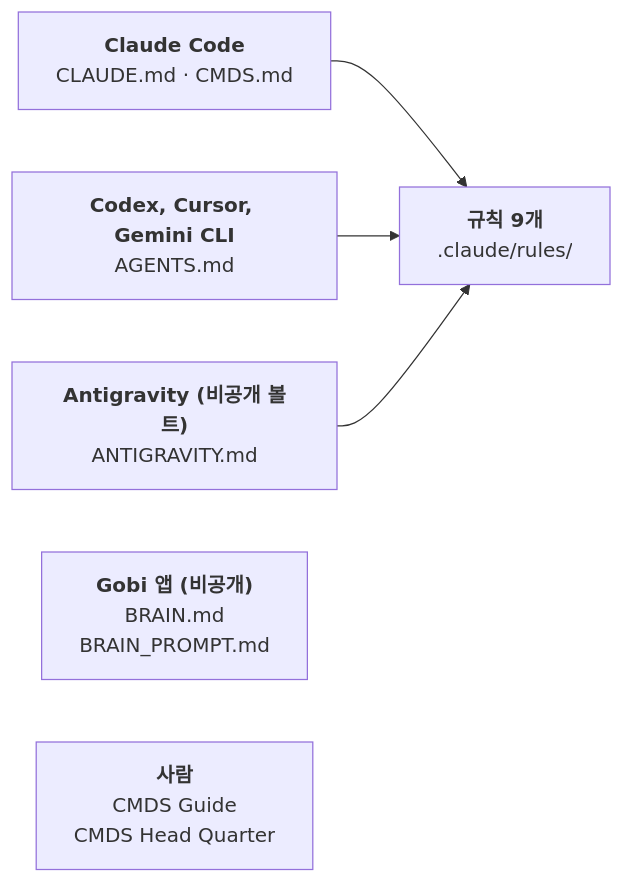
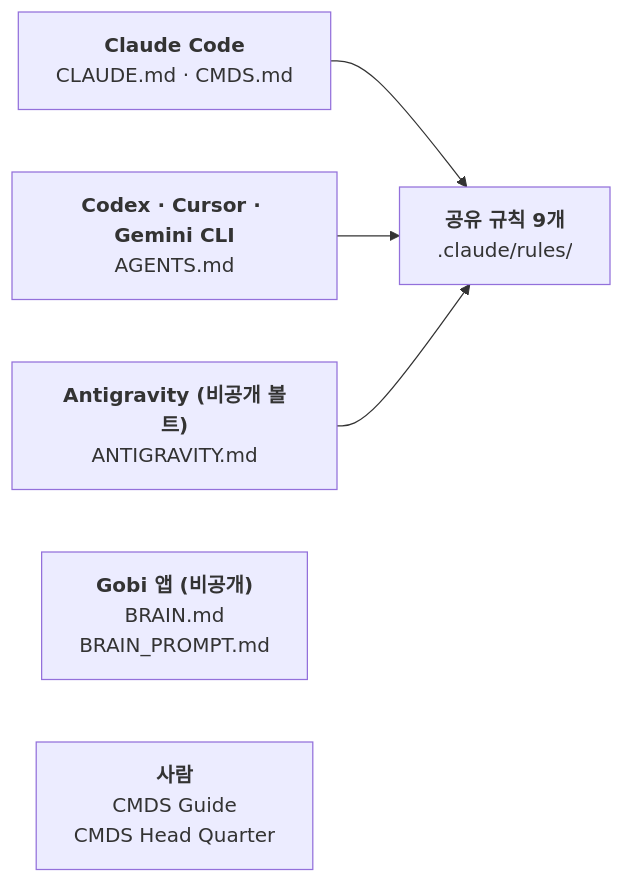
Before and after one commit to johnfkoo951/cmds-system-files: the diagram in diagrams/src/load-swimlane-ko.md, drawn with Mermaid. The commit also changed 20 other files, not shown here.

Commit message:
site: diagrams after reviewer pass (tighter labels, one-sentence captions, who-reads-what as flowchart) + copy refresh

````diff
--- a/diagrams/src/load-swimlane-ko.md
+++ b/diagrams/src/load-swimlane-ko.md
@@ -1,24 +1,24 @@
 ```mermaid
 flowchart LR
 %% @name: load-swimlane-ko
 %% @alt: 독자 다섯이 각자 다른 파일을 읽는다. Claude Code는 CLAUDE.md와 CMDS.md를, Codex·Cursor·Gemini CLI는 AGENTS.md를, 비공개 볼트 안의 Antigravity는 ANTIGRAVITY.md를, Gobi 앱은 BRAIN.md와 BRAIN_PROMPT.md를, 사람은 CMDS Guide와 CMDS Head Quarter를 읽는다. 규칙 9개만 앞의 셋이 공유한다.
 %% @key: claude, agents
 %% @aux: anti, brain
   claude["`**Claude Code**
 CLAUDE.md · CMDS.md`"]
-  agents["`**Codex, Cursor, Gemini CLI**
+  agents["`**Codex · Cursor · Gemini CLI**
 AGENTS.md`"]
   anti["`**Antigravity (비공개 볼트)**
 ANTIGRAVITY.md`"]
   brain["`**Gobi 앱 (비공개)**
 BRAIN.md
 BRAIN_PROMPT.md`"]
   people["`**사람**
 CMDS Guide
 CMDS Head Quarter`"]
-  rules["`**규칙 9개**
+  rules["`**공유 규칙 9개**
 .claude/rules/`"]
   claude --> rules
   agents --> rules
   anti --> rules
 ```
````
